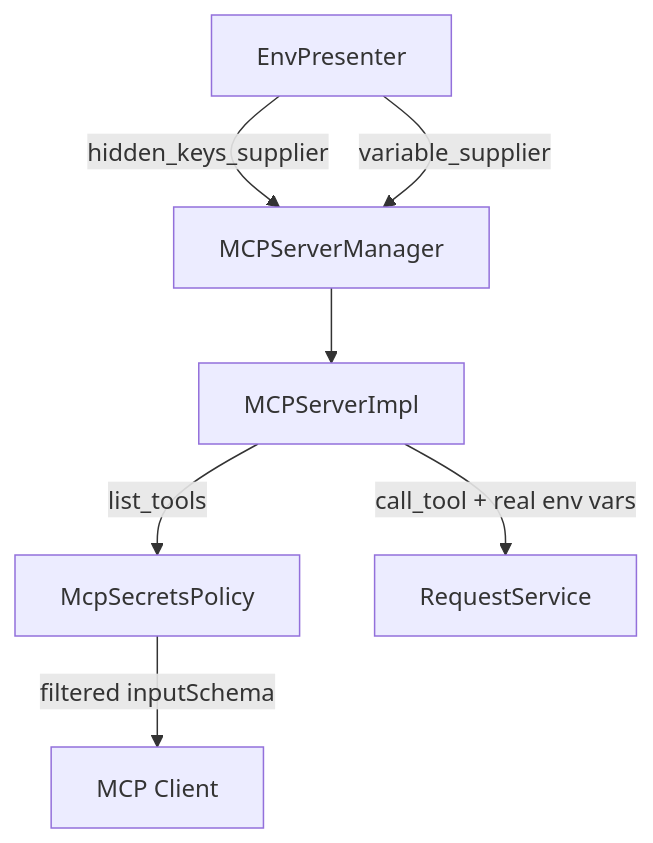
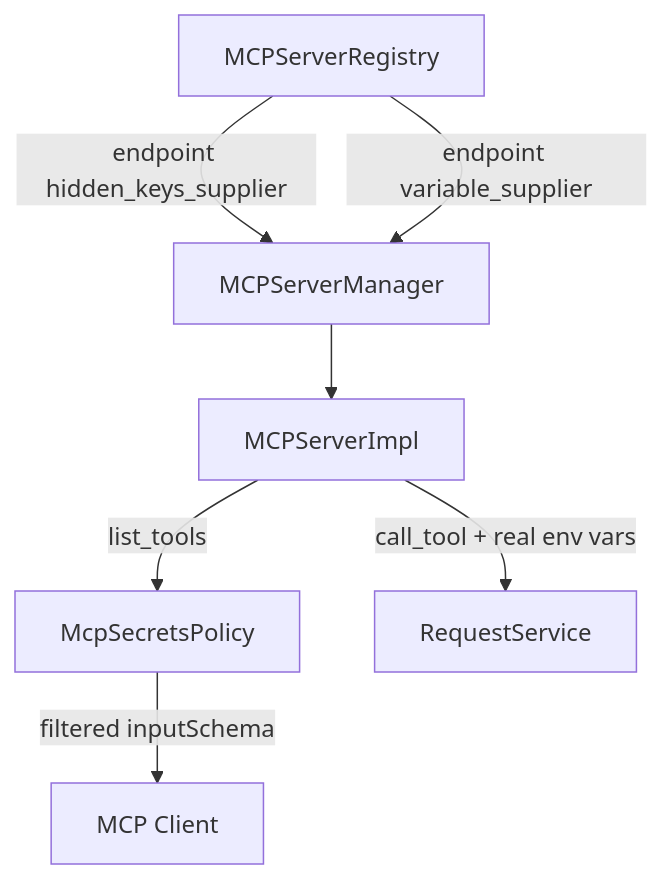
Before and after one commit to koctep/pypost: the diagram in doc/dev/mcp_secrets_policy.md, drawn with Mermaid. The commit also changed other lines of this file and 48 other files, not shown here.

````diff
--- a/doc/dev/mcp_secrets_policy.md
+++ b/doc/dev/mcp_secrets_policy.md
@@ -17,15 +19,15 @@
 ```mermaid
 flowchart TB
-    EP[EnvPresenter]
+    Registry[MCPServerRegistry]
     Mgr[MCPServerManager]
     Impl[MCPServerImpl]
     Pol[McpSecretsPolicy]
     Agent[MCP Client]
 
-    EP -->|hidden_keys_supplier| Mgr
-    EP -->|variable_supplier| Mgr
+    Registry -->|endpoint hidden_keys_supplier| Mgr
+    Registry -->|endpoint variable_supplier| Mgr
     Mgr --> Impl
     Impl -->|list_tools| Pol
     Pol -->|filtered inputSchema| Agent
     Impl -->|call_tool + real env vars| RS[RequestService]
 ```
````
